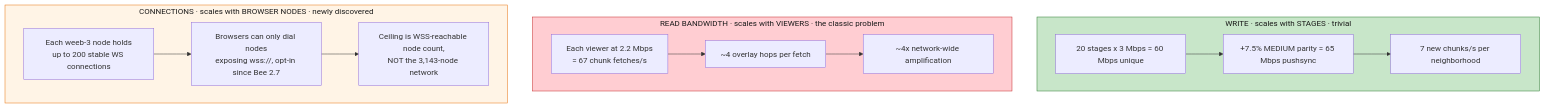
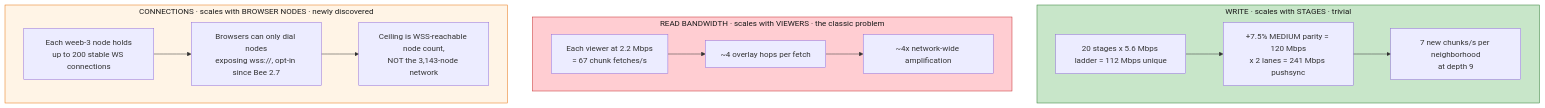
One commit to Solar-Punk-Ltd/devcon-streaming-partnership changed the ninth of 23 diagrams in docs/architecture-plan.md. Above: the diagram before and after it, drawn with Mermaid. The commit also changed other lines of this file, not shown here.

````diff
--- a/docs/architecture-plan.md
+++ b/docs/architecture-plan.md
@@ -457,24 +464,24 @@
 ```mermaid
 flowchart TB
     subgraph WRITE["WRITE · scales with STAGES · trivial"]
-        W1["20 stages x 3 Mbps = 60 Mbps unique"]
-        W2["+7.5% MEDIUM parity = 65 Mbps pushsync"]
-        W3["7 new chunks/s per neighborhood"]
+        W1["20 stages x 5.6 Mbps ladder = 112 Mbps unique"]
+        W2["+7.5% MEDIUM parity = 120 Mbps<br/>x 2 lanes = 241 Mbps pushsync"]
+        W3["7 new chunks/s per neighborhood<br/>at depth 9"]
         W1 --> W2 --> W3
     end
     subgraph READ["READ BANDWIDTH · scales with VIEWERS · the classic problem"]
         R1["Each viewer at 2.2 Mbps<br/>= 67 chunk fetches/s"]
         R2["~4 overlay hops per fetch"]
         R3["~4x network-wide amplification"]
         R1 --> R2 --> R3
     end
     subgraph CONN["CONNECTIONS · scales with BROWSER NODES · newly discovered"]
         C1["Each weeb-3 node holds<br/>up to 200 stable WS connections"]
         C2["Browsers can only dial nodes<br/>exposing wss://, opt-in since Bee 2.7"]
         C3["Ceiling is WSS-reachable node count,<br/>NOT the 3,143-node network"]
         C1 --> C2 --> C3
     end
     style WRITE fill:#c8e6c9,stroke:#2e7d32,color:#1a1a1a
     style READ fill:#ffcdd2,stroke:#c62828,color:#1a1a1a
     style CONN fill:#fff4e6,stroke:#e8730f,color:#1a1a1a
 ```
````
